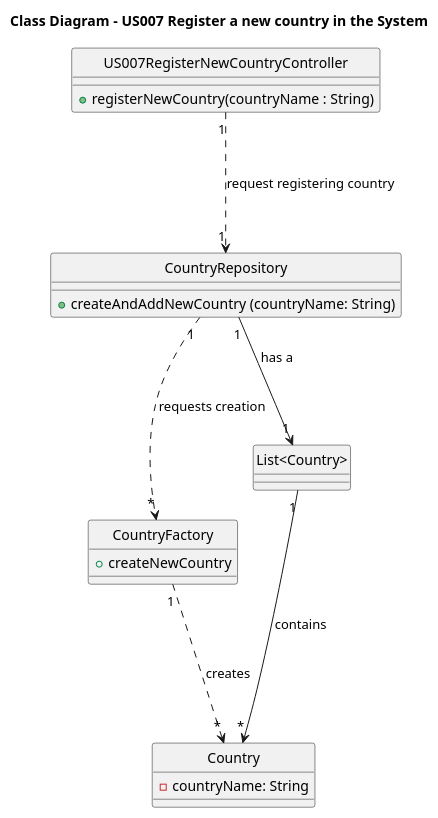
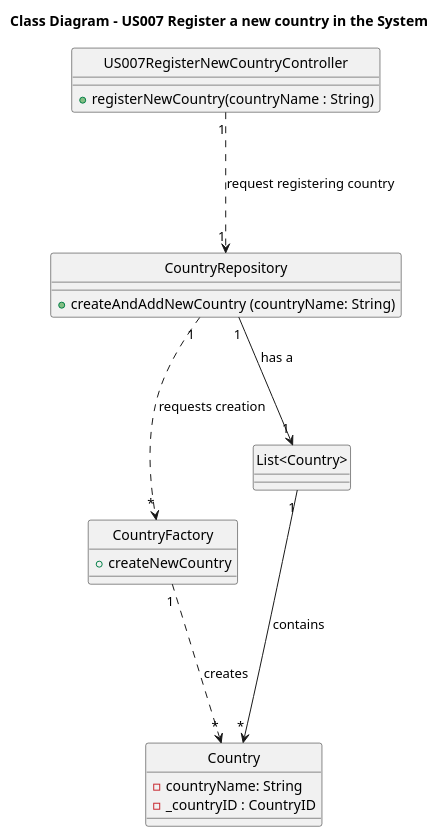
Before and after one commit to AndrePereiraGitH/SWitCH-Project-Team_A: the diagram in Diagrams/ClassDiagrams/US007-to-register-a-new-country-in-the-system.puml, drawn with PlantUML. The commit also changed 6 other files, not shown here.

```diff
--- a/Diagrams/ClassDiagrams/US007-to-register-a-new-country-in-the-system.puml
+++ b/Diagrams/ClassDiagrams/US007-to-register-a-new-country-in-the-system.puml
@@ -1,39 +1,40 @@
 @startuml
 
 title Class Diagram - US007 Register a new country in the System
 hide circle
 
 /'class User {
 -username: String
   -contact: Contact
   -profile: Profile
   +User(username: String, contact: Contact, profile: Profile)
 }
 '/
 
 class CountryRepository {
     +createAndAddNewCountry (countryName: String)
     }
 
 class CountryFactory {
     +createNewCountry
 }
 
 class US007RegisterNewCountryController{
   + registerNewCountry(countryName : String)
 }
 
 class "List<Country>" {
 }
 
 class Country {
 -countryName: String
+-_countryID : CountryID
 }
 
 ' Interactions
 US007RegisterNewCountryController "1" .--> "1" CountryRepository : request registering country
 CountryRepository "1" --> "1" "List<Country>" : has a
 "List<Country>" "1" --> "*" Country : contains
 CountryRepository "1" .--> "*" CountryFactory : requests creation
 CountryFactory "1" .--> "*" Country : creates
 @enduml
```
